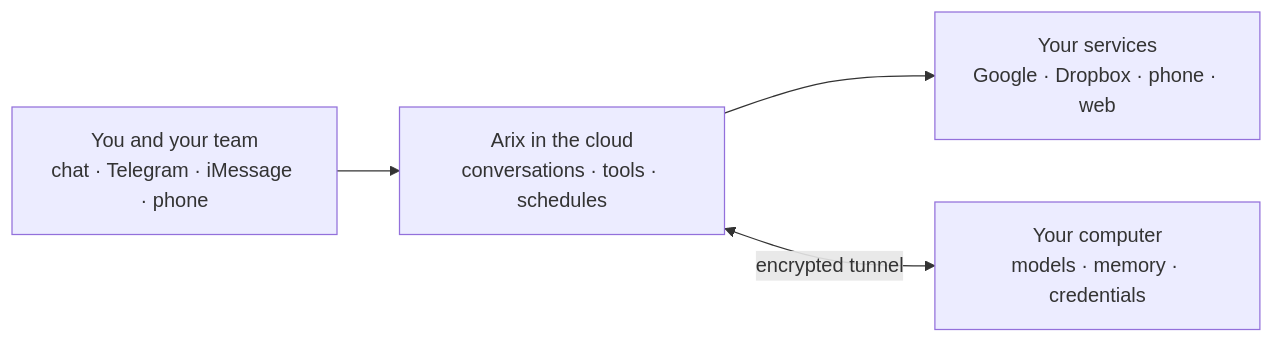
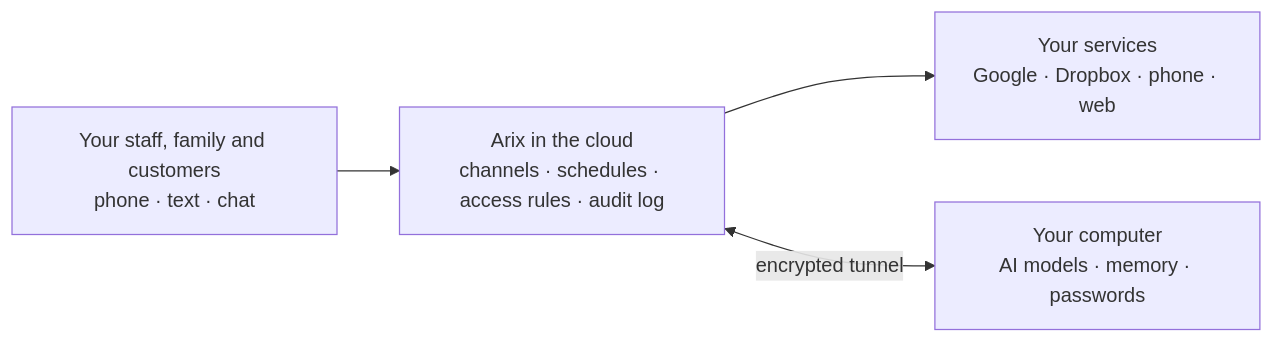
The diagram in README.md (spoon2eric/arix), drawn with Mermaid before and after one commit. The commit also changed other lines of this file and 1 other file, not shown here.

First line of the commit message:
Lead with trust: safe to hand to your staff and customers

````diff
--- a/README.md
+++ b/README.md
@@ -118,6 +120,6 @@
 ```mermaid
 flowchart LR
-    P["You and your team<br/>chat · Telegram · iMessage · phone"] --> C["Arix in the cloud<br/>conversations · tools · schedules"]
+    P["Your staff, family and customers<br/>phone · text · chat"] --> C["Arix in the cloud<br/>channels · schedules · access rules · audit log"]
     C --> S["Your services<br/>Google · Dropbox · phone · web"]
-    C <-->|encrypted tunnel| M["Your computer<br/>models · memory · credentials"]
+    C <-->|encrypted tunnel| M["Your computer<br/>AI models · memory · passwords"]
 ```
````
